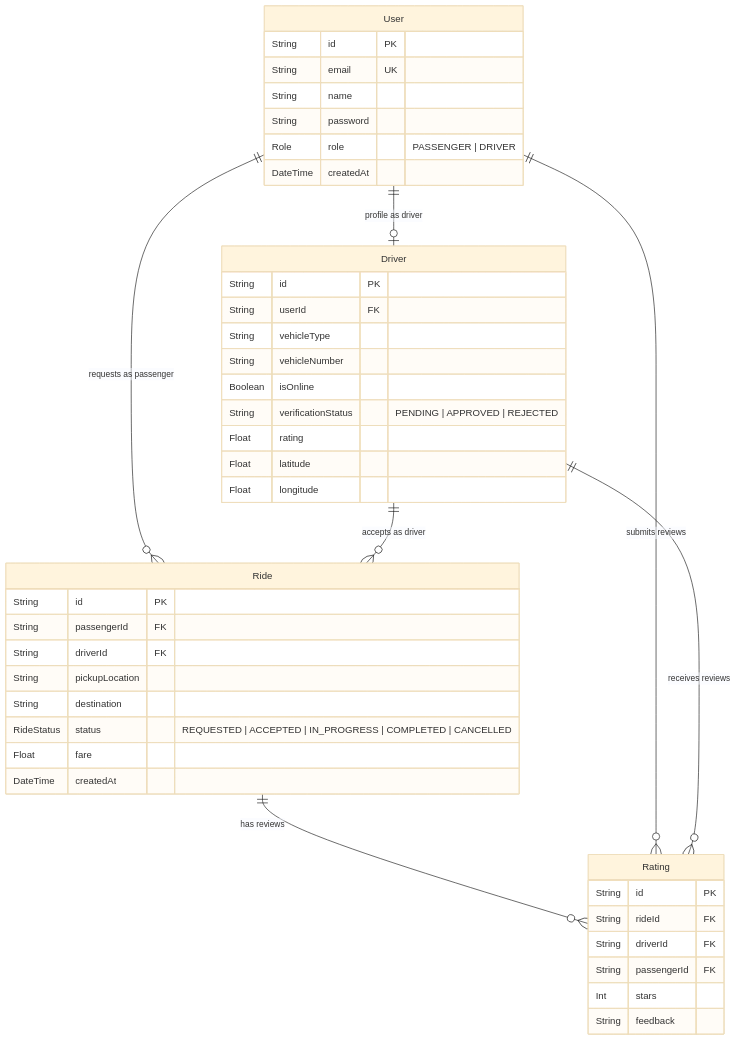
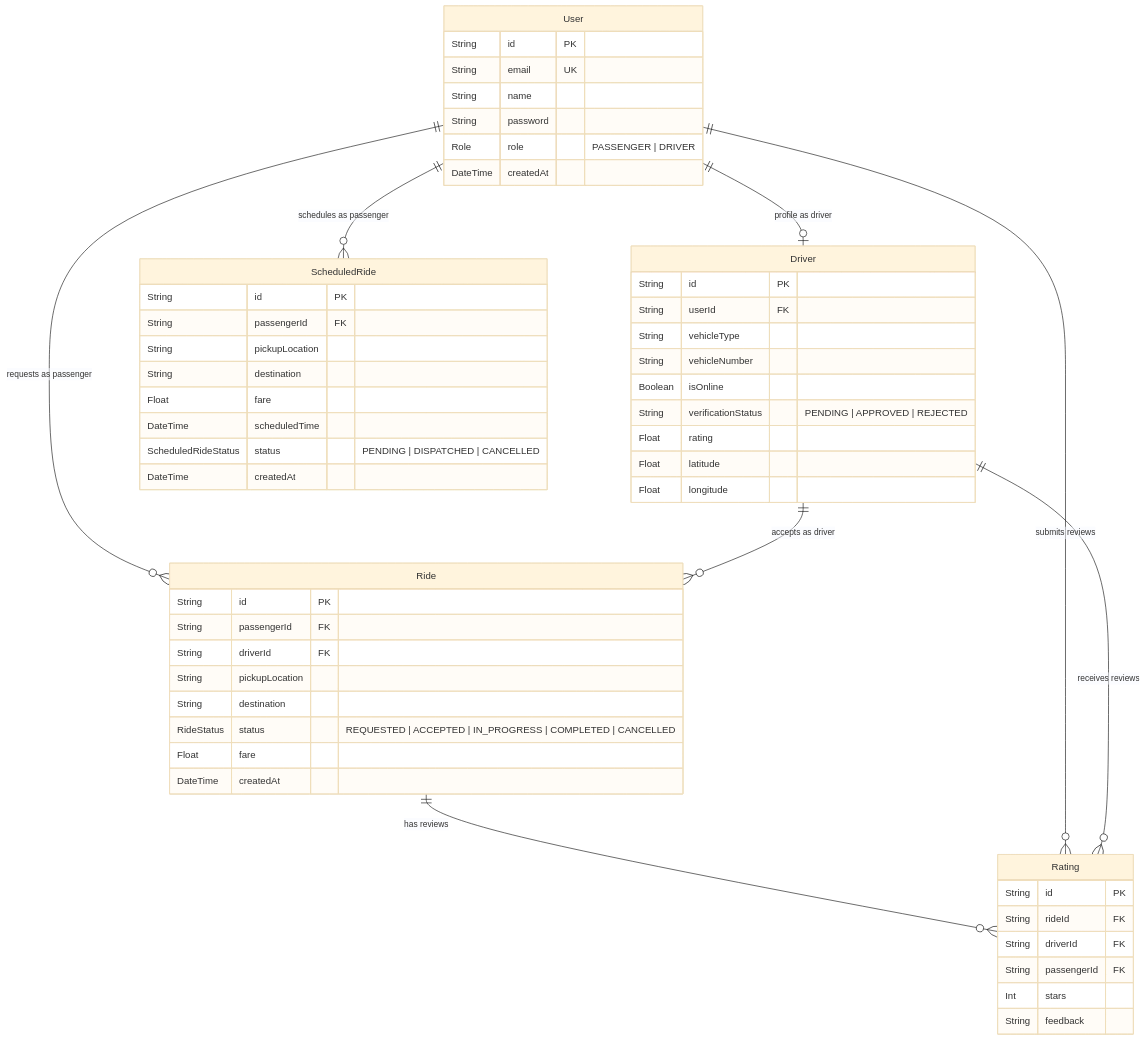
Before and after one commit to krishna-aga/Rydo: the diagram in docs/db_schema.md, drawn with Mermaid (base theme). The commit also changed other lines of this file and 23 other files, not shown here.

````diff
--- a/docs/db_schema.md
+++ b/docs/db_schema.md
@@ -9,50 +9,62 @@
 ```mermaid
 erDiagram
     User ||--o| Driver : "profile as driver"
     User ||--o{ Ride : "requests as passenger"
     Driver ||--o{ Ride : "accepts as driver"
     Ride ||--o{ Rating : "has reviews"
     User ||--o{ Rating : "submits reviews"
     Driver ||--o{ Rating : "receives reviews"
+    User ||--o{ ScheduledRide : "schedules as passenger"
 
     User {
         String id PK
         String email UK
         String name
         String password
         Role role "PASSENGER | DRIVER"
         DateTime createdAt
     }
 
     Driver {
         String id PK
         String userId FK
         String vehicleType
         String vehicleNumber
         Boolean isOnline
         String verificationStatus "PENDING | APPROVED | REJECTED"
         Float rating
         Float latitude
         Float longitude
     }
 
     Ride {
         String id PK
         String passengerId FK
         String driverId FK
         String pickupLocation
         String destination
         RideStatus status "REQUESTED | ACCEPTED | IN_PROGRESS | COMPLETED | CANCELLED"
         Float fare
         DateTime createdAt
     }
 
     Rating {
         String id PK
         String rideId FK
         String driverId FK
         String passengerId FK
         Int stars
         String feedback
     }
+
+    ScheduledRide {
+        String id PK
+        String passengerId FK
+        String pickupLocation
+        String destination
+        Float fare
+        DateTime scheduledTime
+        ScheduledRideStatus status "PENDING | DISPATCHED | CANCELLED"
+        DateTime createdAt
+    }
 ```
````
